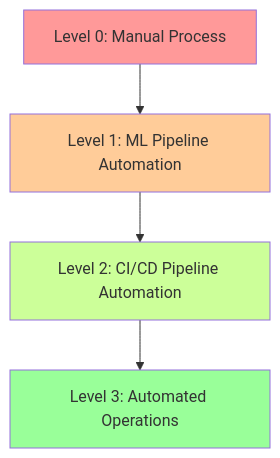
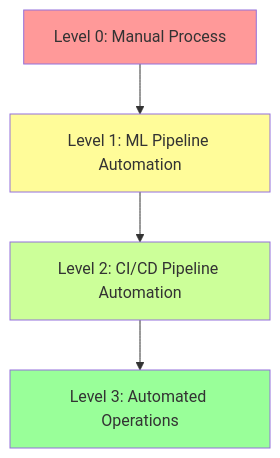
Before and after one commit to devops-360-online/go-with-me-ml: the third of 3 diagrams in docs/00-MLOps/01-intro.md, drawn with Mermaid. The commit also changed 6 other files, not shown here.

````diff
--- a/docs/00-MLOps/01-intro.md
+++ b/docs/00-MLOps/01-intro.md
@@ -126,11 +126,11 @@
 ```mermaid
 graph TD
     A[Level 0: Manual Process] --> B[Level 1: ML Pipeline Automation]
     B --> C[Level 2: CI/CD Pipeline Automation]
     C --> D[Level 3: Automated Operations]
     
     style A fill:#FF9999
-    style B fill:#FFCC99
+    style B fill:#FFFC99
     style C fill:#CCFF99
     style D fill:#99FF99
 ```
````
